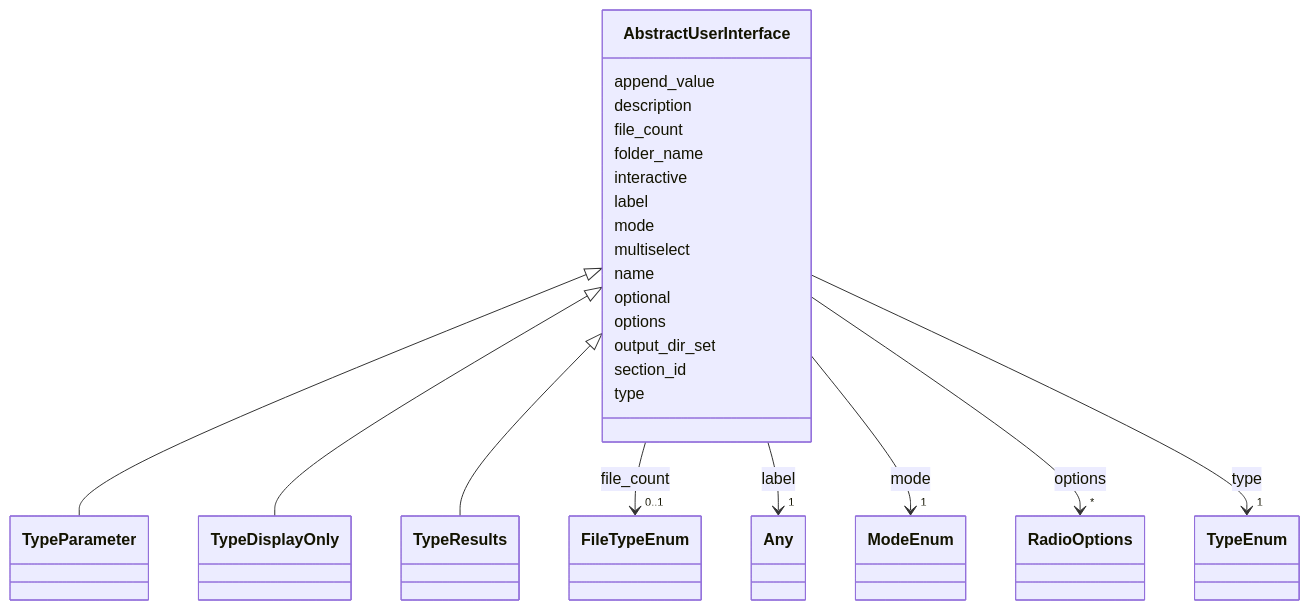
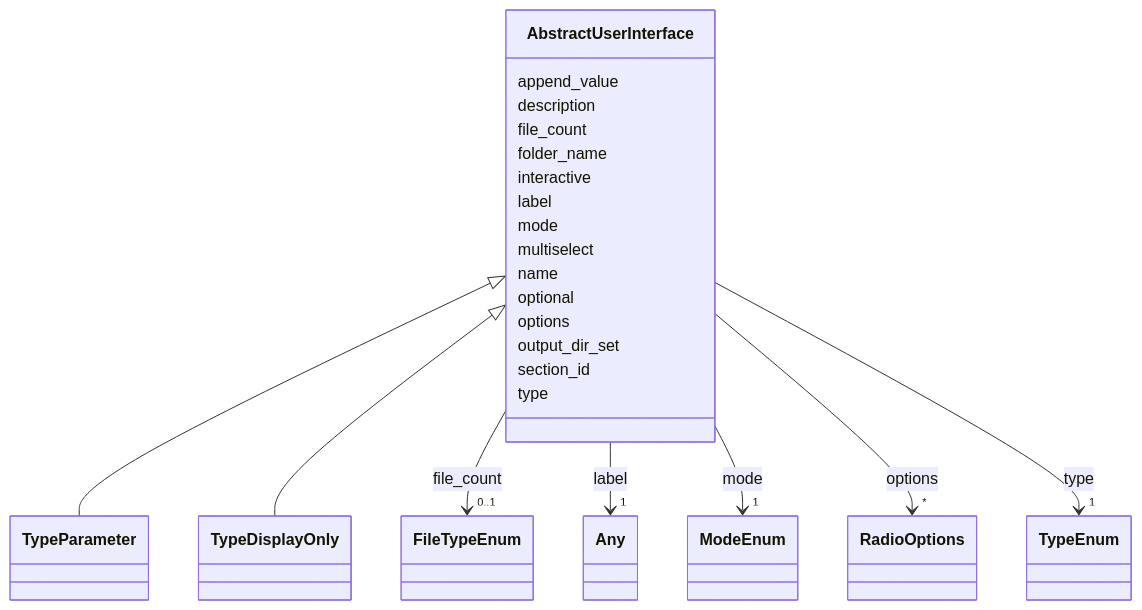
The diagram in docs/developer/AbstractUserInterface.md (bilayer-containers/bilayers), drawn with Mermaid before and after one commit. The commit also changed other lines of this file and 49 other files, not shown here.

````diff
--- a/docs/developer/AbstractUserInterface.md
+++ b/docs/developer/AbstractUserInterface.md
@@ -21,76 +21,74 @@
 ```mermaid
  classDiagram
     class AbstractUserInterface
     click AbstractUserInterface href "../AbstractUserInterface"
       AbstractUserInterface <|-- TypeParameter
         click TypeParameter href "../TypeParameter"
       AbstractUserInterface <|-- TypeDisplayOnly
         click TypeDisplayOnly href "../TypeDisplayOnly"
-      AbstractUserInterface <|-- TypeResults
-        click TypeResults href "../TypeResults"
       
       AbstractUserInterface : append_value
         
       AbstractUserInterface : description
         
       AbstractUserInterface : file_count
         
           
     
     
     AbstractUserInterface --> "0..1" FileTypeEnum : file_count
     click FileTypeEnum href "../FileTypeEnum"
 
         
       AbstractUserInterface : folder_name
         
       AbstractUserInterface : interactive
         
       AbstractUserInterface : label
         
           
     
     
     AbstractUserInterface --> "1" Any : label
     click Any href "../Any"
 
         
       AbstractUserInterface : mode
         
           
     
     
     AbstractUserInterface --> "1" ModeEnum : mode
     click ModeEnum href "../ModeEnum"
 
         
       AbstractUserInterface : multiselect
         
       AbstractUserInterface : name
         
       AbstractUserInterface : optional
         
       AbstractUserInterface : options
         
           
     
     
     AbstractUserInterface --> "*" RadioOptions : options
     click RadioOptions href "../RadioOptions"
 
         
       AbstractUserInterface : output_dir_set
         
       AbstractUserInterface : section_id
         
       AbstractUserInterface : type
         
           
     
     
     AbstractUserInterface --> "1" TypeEnum : type
     click TypeEnum href "../TypeEnum"
 
         
       
 ```
````
